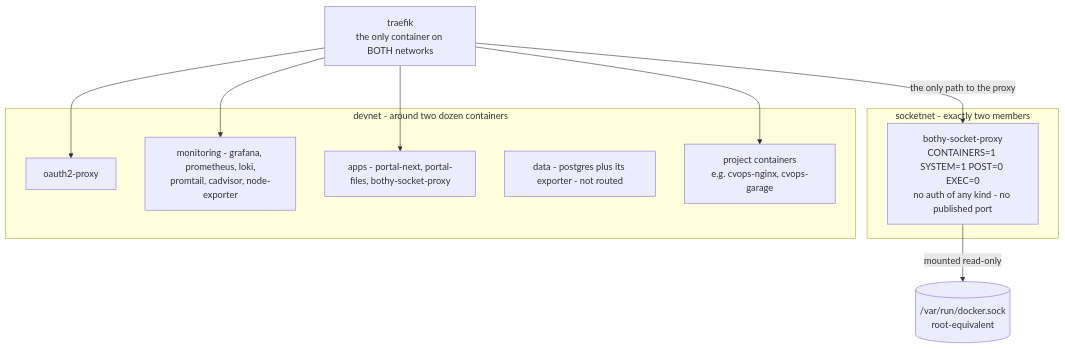
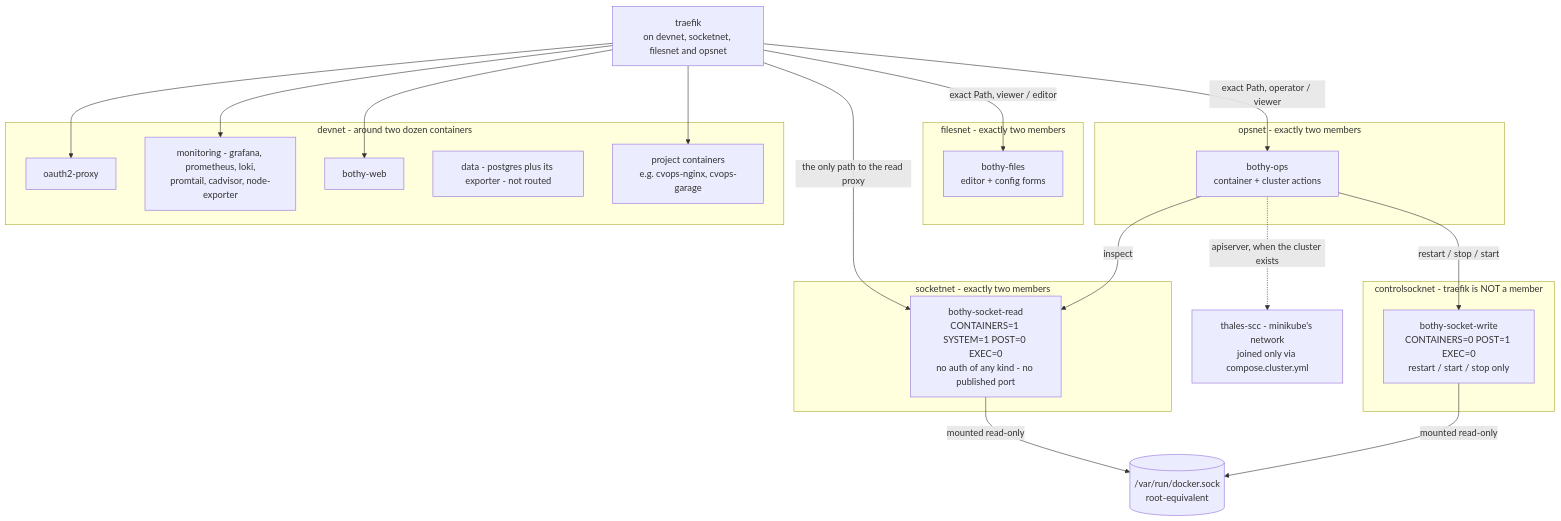
The diagram in docs/diagrams/networks.mmd (YehudaBriskman/Bothy), drawn with Mermaid before and after one commit. The commit also changed 497 other files, not shown here.

First line of the commit message:
Bothy reorg: 5 services, cluster console, VictoriaMetrics/Alloy, Settings v2, stability (#176)

```diff
--- a/docs/diagrams/networks.mmd
+++ b/docs/diagrams/networks.mmd
@@ -1,23 +1,42 @@
 flowchart TB
     SOCKET[("/var/run/docker.sock<br/>root-equivalent")]
 
     subgraph s_socketnet["socketnet - exactly two members"]
-        PROXY["bothy-socket-proxy<br/>CONTAINERS=1 SYSTEM=1 POST=0 EXEC=0<br/>no auth of any kind - no published port"]
+        READ["bothy-socket-read<br/>CONTAINERS=1 SYSTEM=1 POST=0 EXEC=0<br/>no auth of any kind - no published port"]
+    end
+
+    subgraph s_filesnet["filesnet - exactly two members"]
+        FILES["bothy-files<br/>editor + config forms"]
+    end
+
+    subgraph s_opsnet["opsnet - exactly two members"]
+        OPS["bothy-ops<br/>container + cluster actions"]
+    end
+
+    subgraph s_ctlsock["controlsocknet - traefik is NOT a member"]
+        WRITE["bothy-socket-write<br/>CONTAINERS=0 POST=1 EXEC=0<br/>restart / start / stop only"]
     end
 
     subgraph s_devnet["devnet - around two dozen containers"]
         OAUTH["oauth2-proxy"]
         OBS["monitoring - grafana, prometheus, loki,<br/>promtail, cadvisor, node-exporter"]
-        APPSG["apps - portal-next, portal-files, bothy-socket-proxy"]
+        APPSG["bothy-web"]
         DATAG["data - postgres plus its exporter - not routed"]
         PROJ["project containers<br/>e.g. cvops-nginx, cvops-garage"]
     end
 
-    TRAEFIK["traefik<br/>the only container on BOTH networks"]
+    TRAEFIK["traefik<br/>on devnet, socketnet, filesnet and opsnet"]
+    K8S["thales-scc - minikube's network<br/>joined only via compose.cluster.yml"]
 
     TRAEFIK --> OAUTH
     TRAEFIK --> OBS
     TRAEFIK --> APPSG
     TRAEFIK --> PROJ
-    TRAEFIK -->|"the only path to the proxy"| PROXY
-    PROXY -->|"mounted read-only"| SOCKET
+    TRAEFIK -->|"the only path to the read proxy"| READ
+    TRAEFIK -->|"exact Path, viewer / editor"| FILES
+    TRAEFIK -->|"exact Path, operator / viewer"| OPS
+    OPS -->|"inspect"| READ
+    OPS -->|"restart / stop / start"| WRITE
+    OPS -.->|"apiserver, when the cluster exists"| K8S
+    READ -->|"mounted read-only"| SOCKET
+    WRITE -->|"mounted read-only"| SOCKET
```
